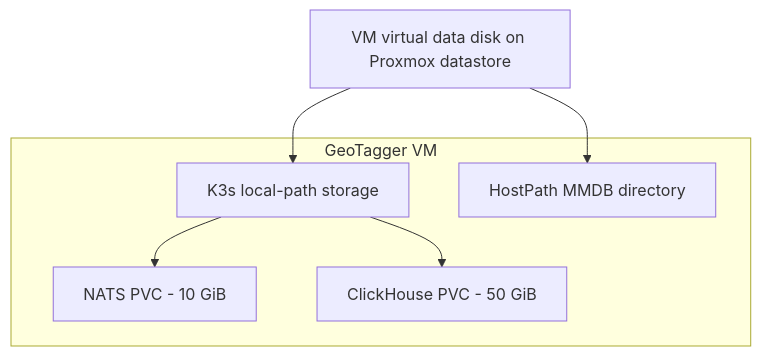
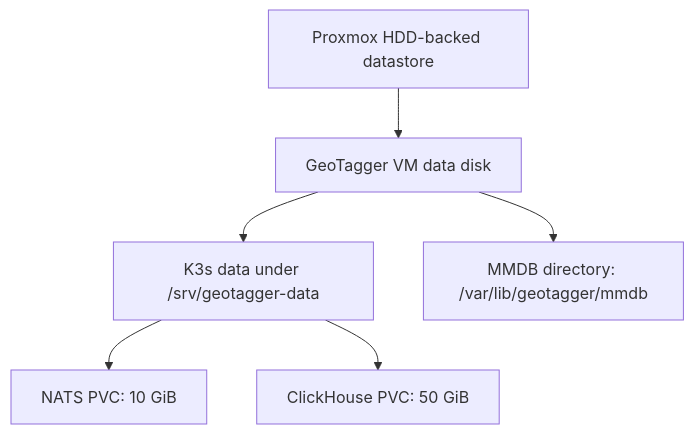
Diagram 13 of 14 in docs/KUBERNETES.md (Jstarzz/geotagger), drawn with Mermaid before and after one commit. The commit also changed other lines of this file, not shown here.

Commit message:
docs: fix Mermaid and tighten Kubernetes guide

````diff
--- a/docs/KUBERNETES.md
+++ b/docs/KUBERNETES.md
@@ -522,14 +304,8 @@
 ```mermaid
 flowchart TB
-    subgraph VM[GeoTagger VM]
-        K3S[K3s local-path storage]
-        NPVC[NATS PVC - 10 GiB]
-        CPVC[ClickHouse PVC - 50 GiB]
-        MMDB[HostPath MMDB directory]
-    end
-
-    DISK[VM virtual data disk on Proxmox datastore] --> K3S
-    K3S --> NPVC
-    K3S --> CPVC
-    DISK --> MMDB
+    PVE["Proxmox HDD-backed datastore"] --> VDISK["GeoTagger VM data disk"]
+    VDISK --> K3S["K3s data under /srv/geotagger-data"]
+    K3S --> NPVC["NATS PVC: 10 GiB"]
+    K3S --> CPVC["ClickHouse PVC: 50 GiB"]
+    VDISK --> MMDB["MMDB directory: /var/lib/geotagger/mmdb"]
 ```
````
